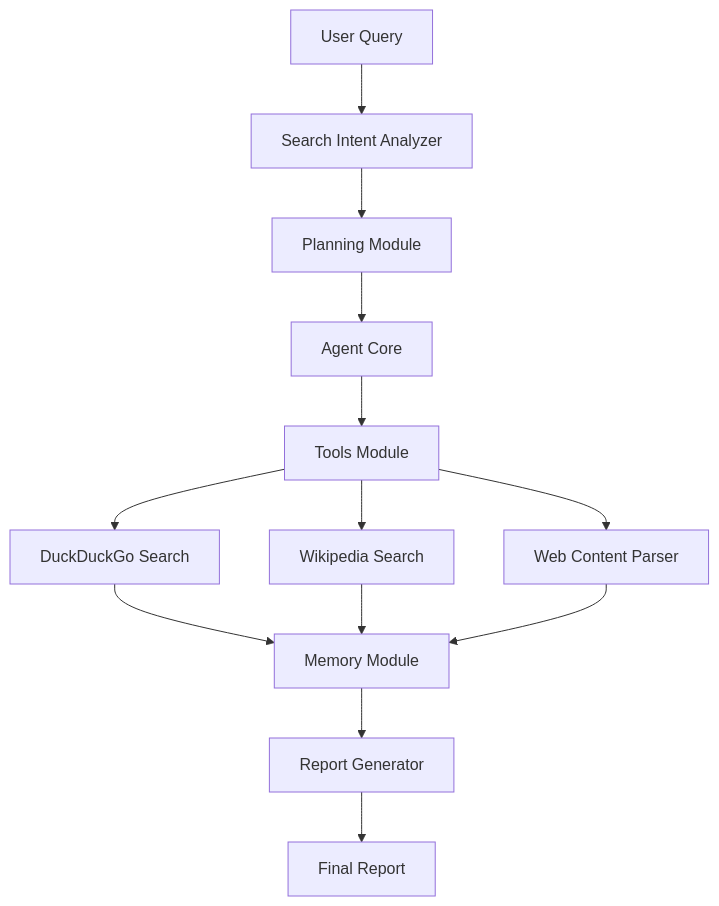
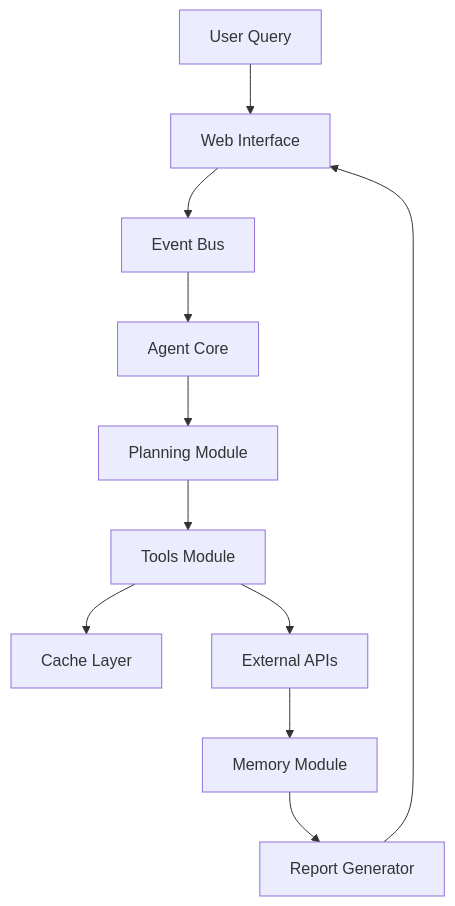
Before and after one commit to KazKozDev/llmflow-search: the diagram in README.md, drawn with Mermaid. The commit also changed other lines of this file and 44 other files, not shown here.

First line of the commit message:
Release v2.0: Major Architecture Overhaul

````diff
--- a/README.md
+++ b/README.md
@@ -98,15 +112,13 @@
 ```mermaid
 graph TD
-    A[User Query] --> B[Search Intent Analyzer]
-    B --> C[Planning Module]
-    C --> D[Agent Core]
-    D --> E[Tools Module]
-    E --> F[DuckDuckGo Search]
-    E --> G[Wikipedia Search]
-    E --> H[Web Content Parser]
-    F --> I[Memory Module]
-    G --> I
-    H --> I
-    I --> J[Report Generator]
-    J --> K[Final Report]
+    User[User Query] --> WebUI[Web Interface]
+    WebUI --> EventBus[Event Bus]
+    EventBus --> Agent[Agent Core]
+    Agent --> Plan[Planning Module]
+    Plan --> Tools[Tools Module]
+    Tools --> Cache[Cache Layer]
+    Tools --> External[External APIs]
+    External --> Memory[Memory Module]
+    Memory --> Report[Report Generator]
+    Report --> WebUI
 ```
````
